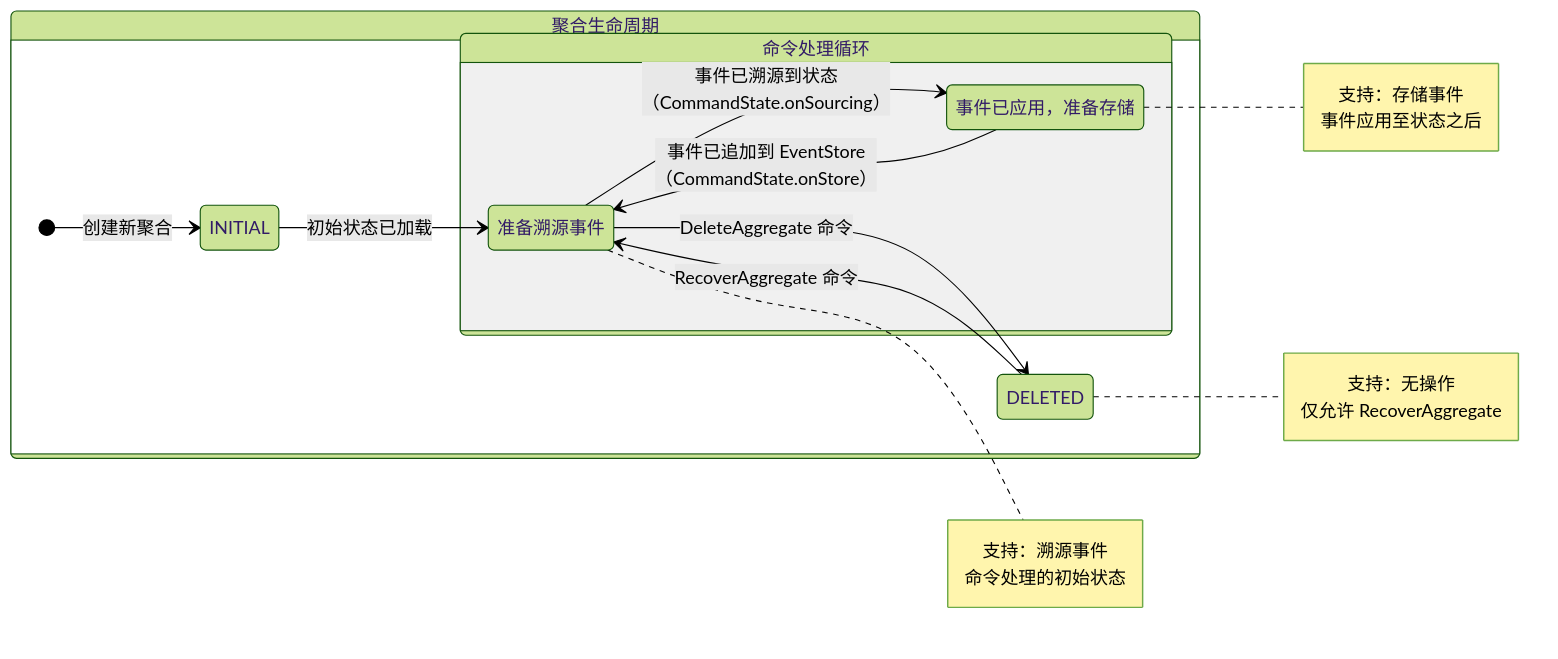
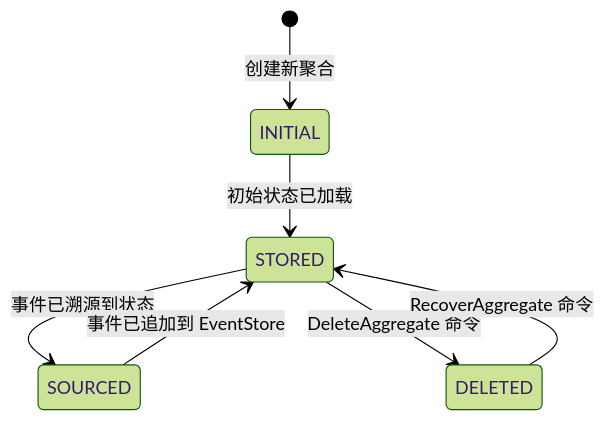
Before and after one commit to Ahoo-Wang/Wow: the fourth of 6 diagrams in documentation/docs/zh/guide/advanced/architecture.md, drawn with Mermaid (forest theme). The commit also changed 7 other files, not shown here.

First line of the commit message:
docs: fix stateDiagram-v2 Mermaid rendering errors

````diff
--- a/documentation/docs/zh/guide/advanced/architecture.md
+++ b/documentation/docs/zh/guide/advanced/architecture.md
@@ -237,34 +237,9 @@
 ```mermaid
 stateDiagram-v2
-    direction LR
-
-    state "聚合生命周期" as Lifecycle {
-        [*] --> INITIAL : 创建新聚合
-        INITIAL --> STORED : 初始状态已加载
-        STORED --> SOURCED : 事件已溯源到状态<br>（CommandState.onSourcing）
-        SOURCED --> STORED : 事件已追加到 EventStore<br>（CommandState.onStore）
-        STORED --> DELETED : DeleteAggregate 命令
-        DELETED --> STORED : RecoverAggregate 命令
-
-        state "命令处理循环" as Cycle {
-            STORED : 准备溯源事件
-            SOURCED : 事件已应用，准备存储
-        }
-    }
-
-    note right of STORED
-        支持：溯源事件
-        命令处理的初始状态
-    end note
-
-    note right of SOURCED
-        支持：存储事件
-        事件应用至状态之后
-    end note
-
-    note right of DELETED
-        支持：无操作
-        仅允许 RecoverAggregate
-    end note
-
+    [*] --> INITIAL : 创建新聚合
+    INITIAL --> STORED : 初始状态已加载
+    STORED --> SOURCED : 事件已溯源到状态
+    SOURCED --> STORED : 事件已追加到 EventStore
+    STORED --> DELETED : DeleteAggregate 命令
+    DELETED --> STORED : RecoverAggregate 命令
 ```
````
